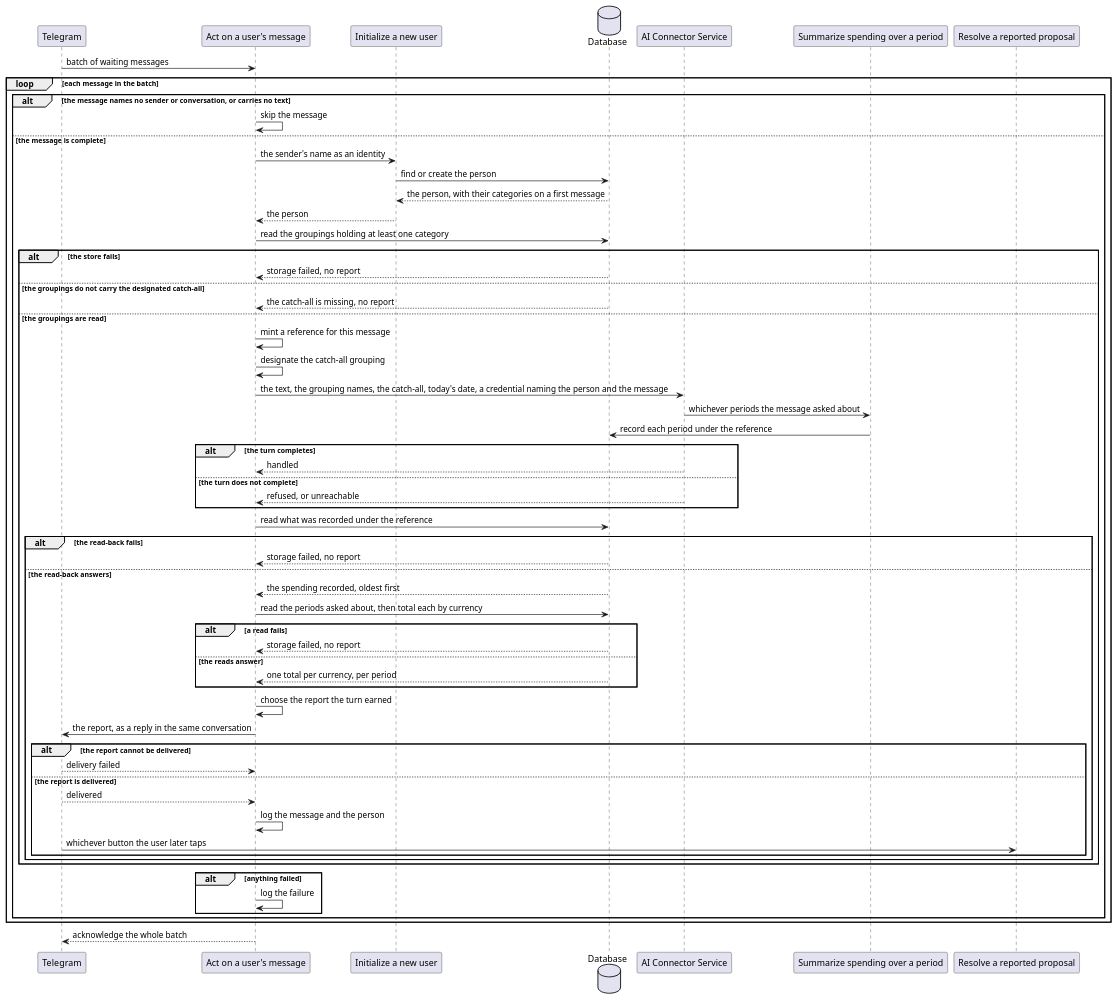
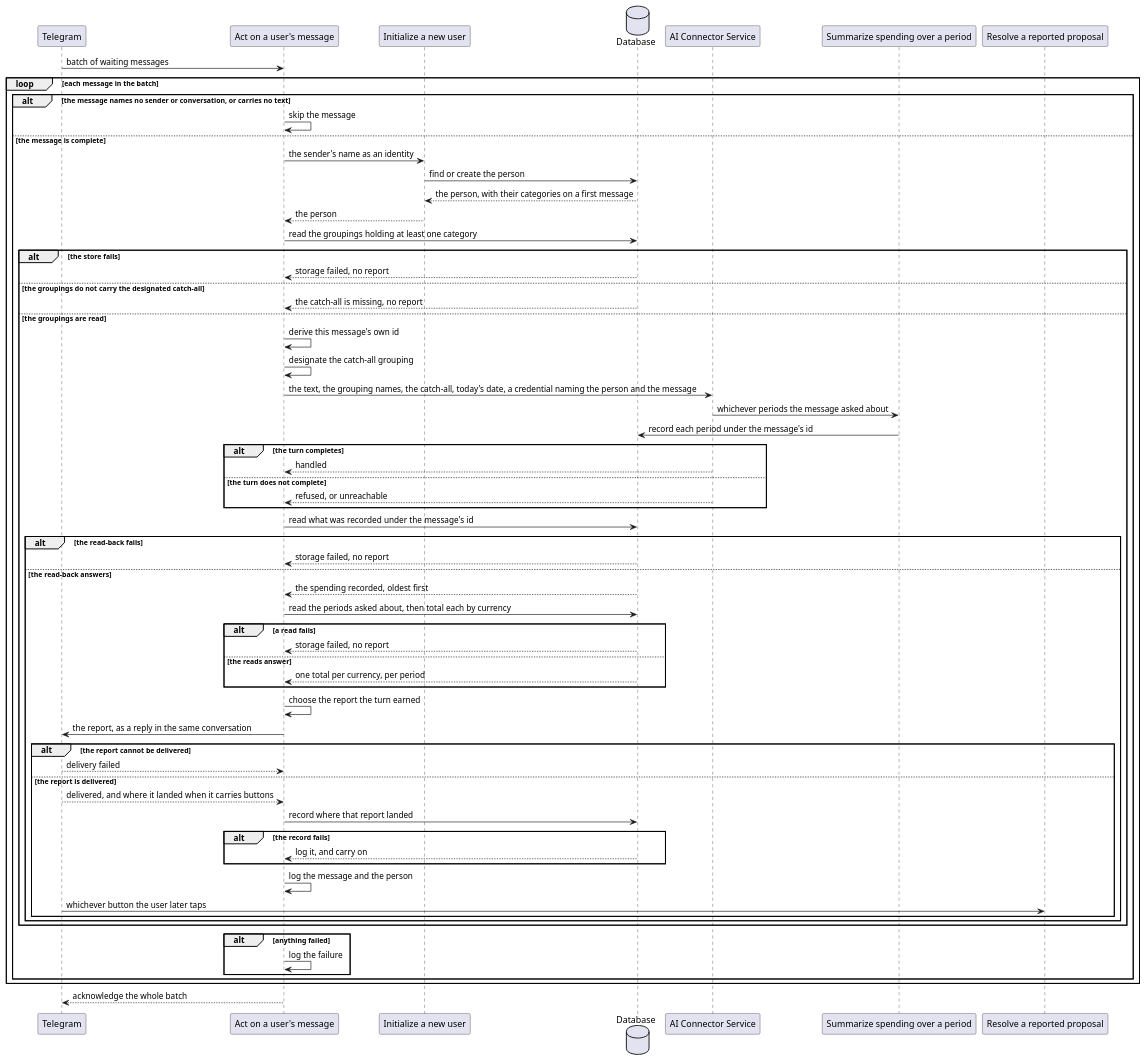
Before and after one commit to ds-usova/finance-bot: the second of 2 diagrams in ledger-service/docs/usecases/handle-incoming-message.md, drawn with PlantUML. The commit also changed other lines of this file and 24 other files, not shown here.

````diff
--- a/ledger-service/docs/usecases/handle-incoming-message.md
+++ b/ledger-service/docs/usecases/handle-incoming-message.md
@@ -198,67 +211,71 @@
 ```plantuml
 @startuml ActOnUserMessage-Sequence
 participant "Telegram" as TG
 participant "Act on a user's message" as UC
 participant "Initialize a new user" as IU
 database "Database" as DB
 participant "AI Connector Service" as AI
 participant "Summarize spending over a period" as SS
 participant "Resolve a reported proposal" as RP
 
 TG -> UC : batch of waiting messages
 
 loop each message in the batch
   alt the message names no sender or conversation, or carries no text
     UC -> UC : skip the message
   else the message is complete
     UC -> IU : the sender's name as an identity
     IU -> DB : find or create the person
     DB --> IU : the person, with their categories on a first message
     IU --> UC : the person
     UC -> DB : read the groupings holding at least one category
     alt the store fails
       DB --> UC : storage failed, no report
     else the groupings do not carry the designated catch-all
       DB --> UC : the catch-all is missing, no report
     else the groupings are read
-      UC -> UC : mint a reference for this message
+      UC -> UC : derive this message's own id
       UC -> UC : designate the catch-all grouping
       UC -> AI : the text, the grouping names, the catch-all, today's date, a credential naming the person and the message
       AI -> SS : whichever periods the message asked about
-      SS -> DB : record each period under the reference
+      SS -> DB : record each period under the message's id
       alt the turn completes
         AI --> UC : handled
       else the turn does not complete
         AI --> UC : refused, or unreachable
       end
-      UC -> DB : read what was recorded under the reference
+      UC -> DB : read what was recorded under the message's id
       alt the read-back fails
         DB --> UC : storage failed, no report
       else the read-back answers
         DB --> UC : the spending recorded, oldest first
         UC -> DB : read the periods asked about, then total each by currency
         alt a read fails
           DB --> UC : storage failed, no report
         else the reads answer
           DB --> UC : one total per currency, per period
         end
         UC -> UC : choose the report the turn earned
         UC -> TG : the report, as a reply in the same conversation
         alt the report cannot be delivered
           TG --> UC : delivery failed
         else the report is delivered
-          TG --> UC : delivered
+          TG --> UC : delivered, and where it landed when it carries buttons
+          UC -> DB : record where that report landed
+          alt the record fails
+            DB --> UC : log it, and carry on
+          end
           UC -> UC : log the message and the person
           TG -> RP : whichever button the user later taps
         end
       end
     end
     alt anything failed
       UC -> UC : log the failure
     end
   end
 end
 
 UC --> TG : acknowledge the whole batch
 @enduml
 ```
````
